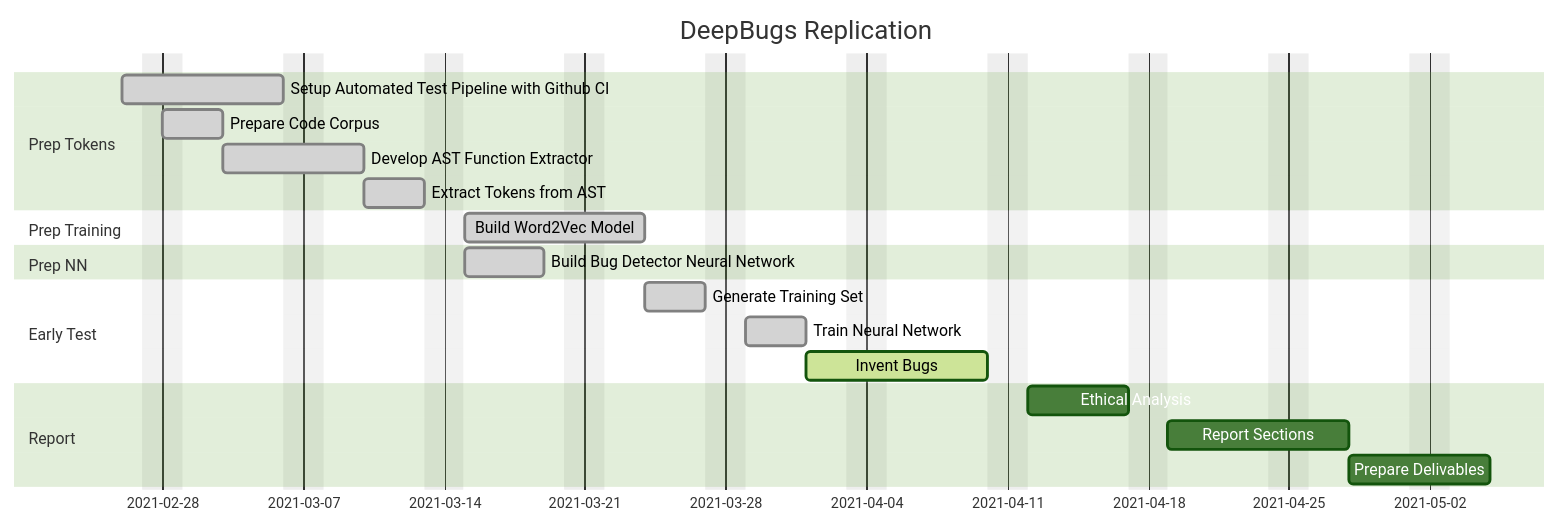
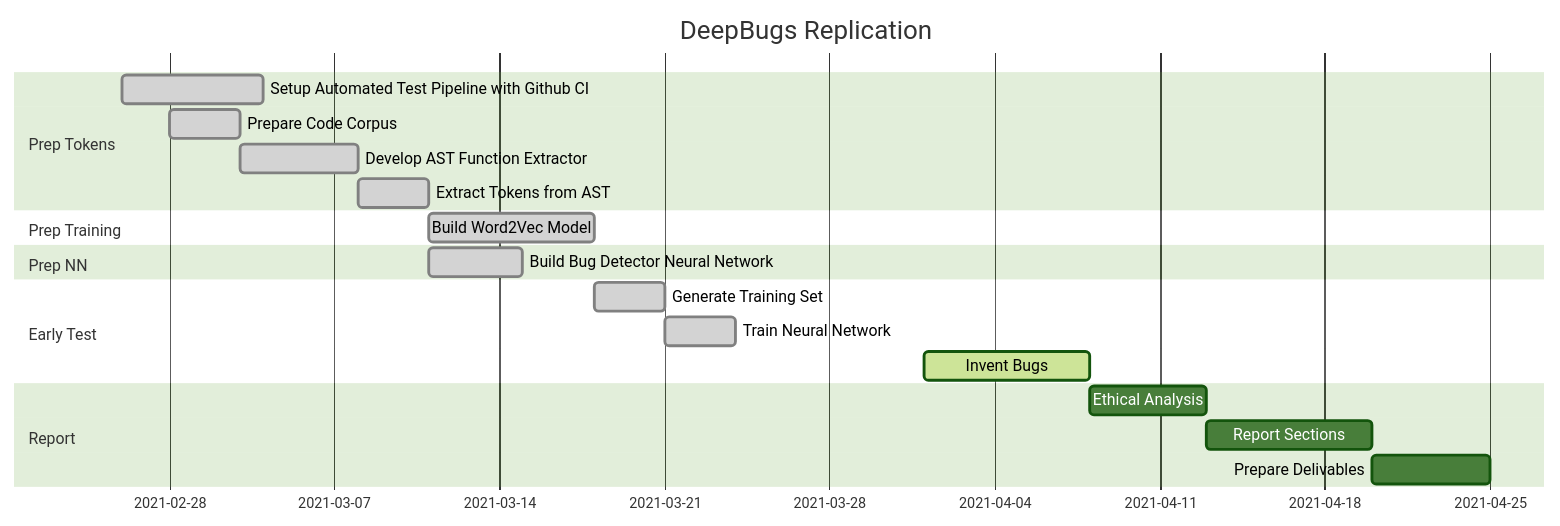
The first of 2 diagrams in README.md (PurdueDualityLab/deepbugs-jr), drawn with Mermaid (forest theme) before and after one commit.

Commit message:
Gantt chart take 2

````diff
--- a/README.md
+++ b/README.md
@@ -12,24 +12,24 @@
 ```mermaid
 gantt
     title DeepBugs Replication
         dateFormat YYYY-MM-DD
-        excludes weekends
+        excludes weekend
         section Prep Tokens
             Setup Automated Test Pipeline with Github CI       :done, p1, 2021-02-26, 6d
             Prepare Code Corpus                                :done, p2, 2021-02-28, 3d 
             Develop AST Function Extractor                     :done, p3, after p2, 5d
             Extract Tokens from AST                            :done, p4, after p3, 3d
         section Prep Training
             Build Word2Vec Model                               :done, w1, after p4, 7d
         section Prep NN
             Build Bug Detector Neural Network                  :done, b1, after p4, 4d
         section Early Test
             Generate Training Set                              :done, e1, after w1, 3d
             Train Neural Network                               :done, e2, after e1, 3d
             Invent Bugs                                        :active, e3, 2021-04-01, 7d
         section Report
             Ethical Analysis                                   :      r1, after e3, 5d
             Report Sections                                    :      r2, after r1, 7d
             Prepare Delivables                                 :      r3, after r2, 5d
             
 ```
````
